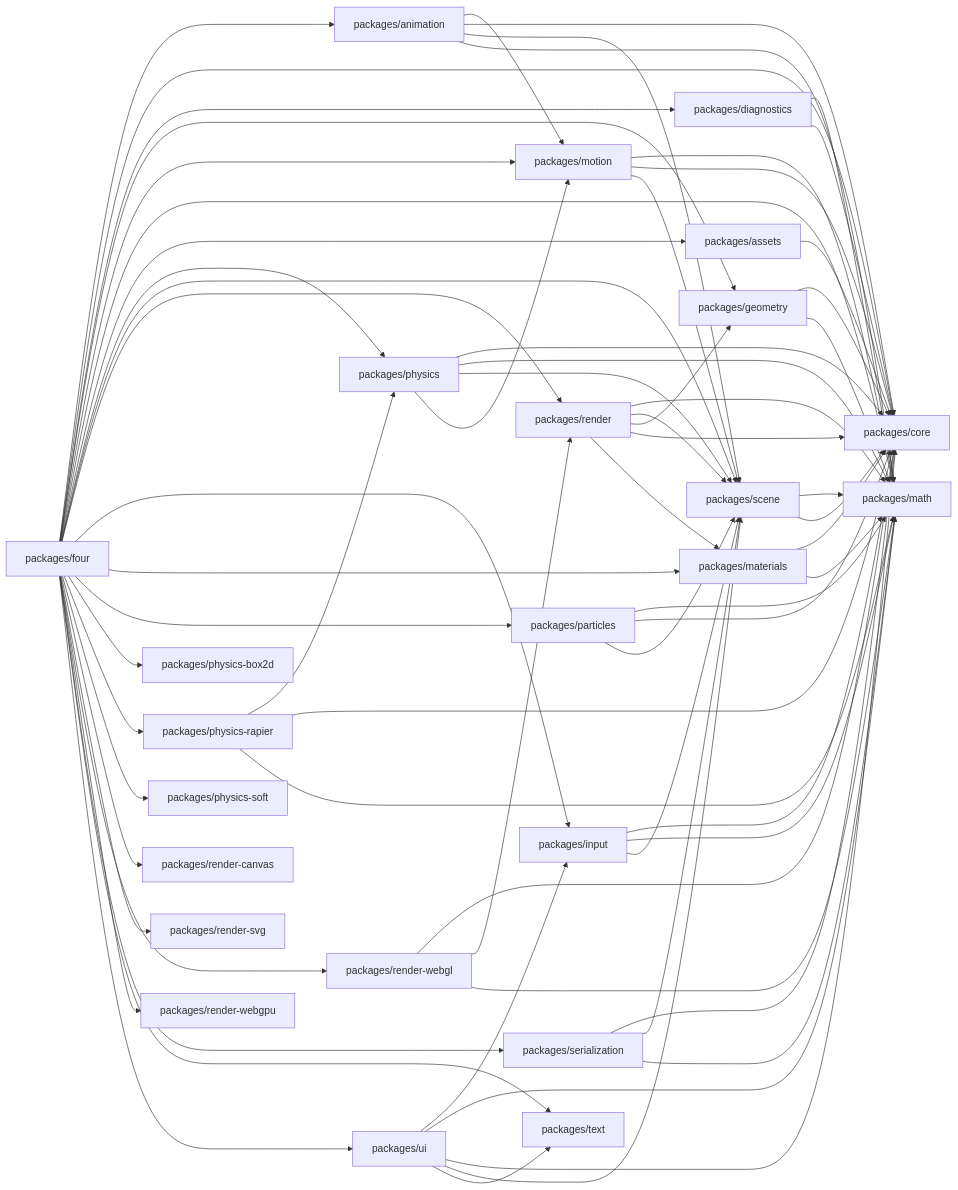
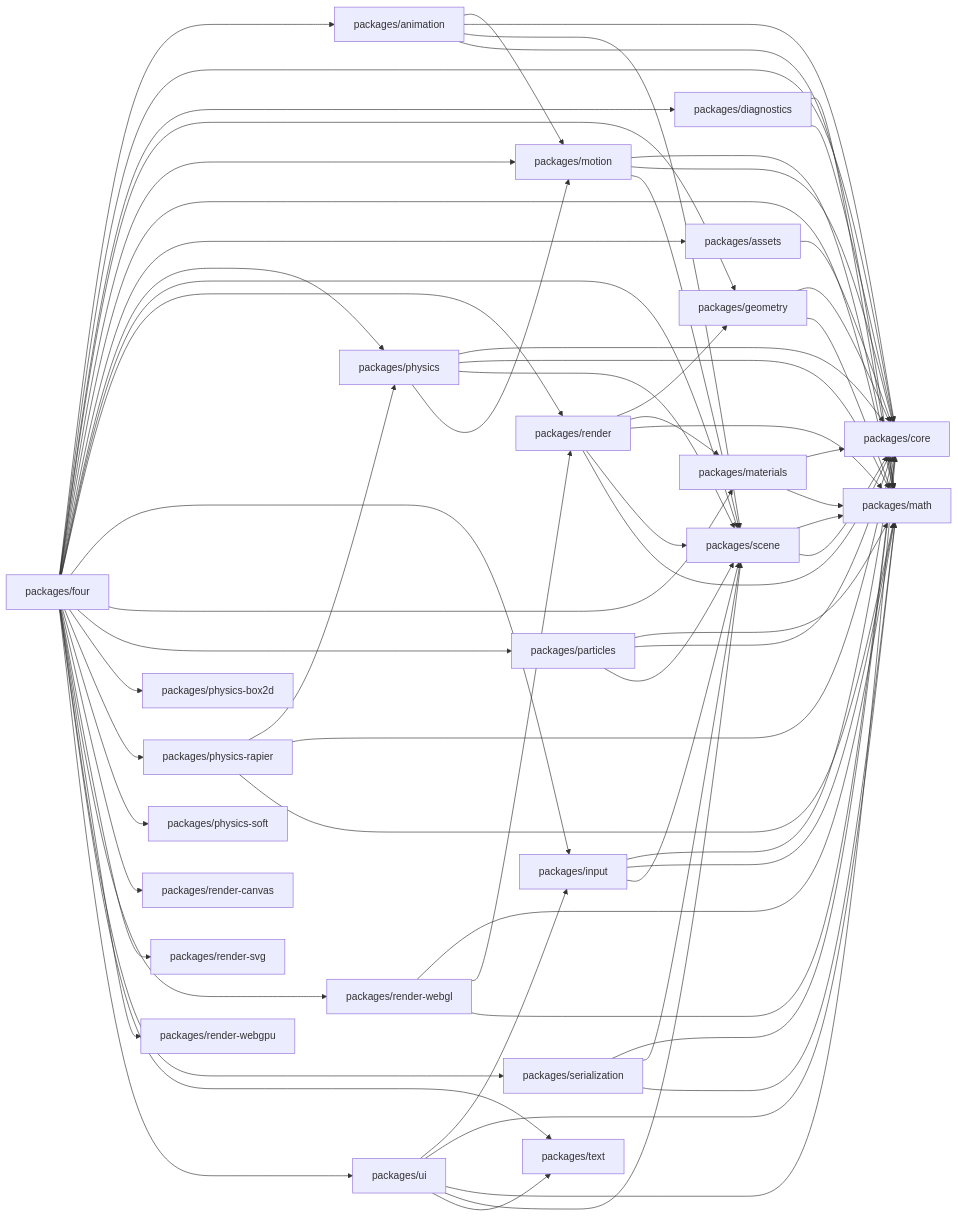
The first of 2 diagrams in docs/Architecture/DEPENDENCY_GRAPH.md (danielsimonjr/four.js), drawn with Mermaid before and after one commit. The commit also changed other lines of this file and 72 other files, not shown here.

Commit message:
chore(docs): regenerate dependency-graph artifacts after wave 13 (R-8, PH-8/PH-12) (#40)

```diff
--- a/docs/Architecture/DEPENDENCY_GRAPH.md
+++ b/docs/Architecture/DEPENDENCY_GRAPH.md
@@ -181,14 +181,14 @@
     P13 --> P11
     P13 --> P2
     P13 --> P8
+    P15 --> P5
+    P15 --> P7
     P15 --> P8
     P15 --> P20
-    P15 --> P5
     P15 --> P2
-    P15 --> P7
+    P18 --> P8
+    P18 --> P15
     P18 --> P2
-    P18 --> P15
-    P18 --> P8
     P20 --> P8
     P20 --> P2
     P21 --> P2
```
